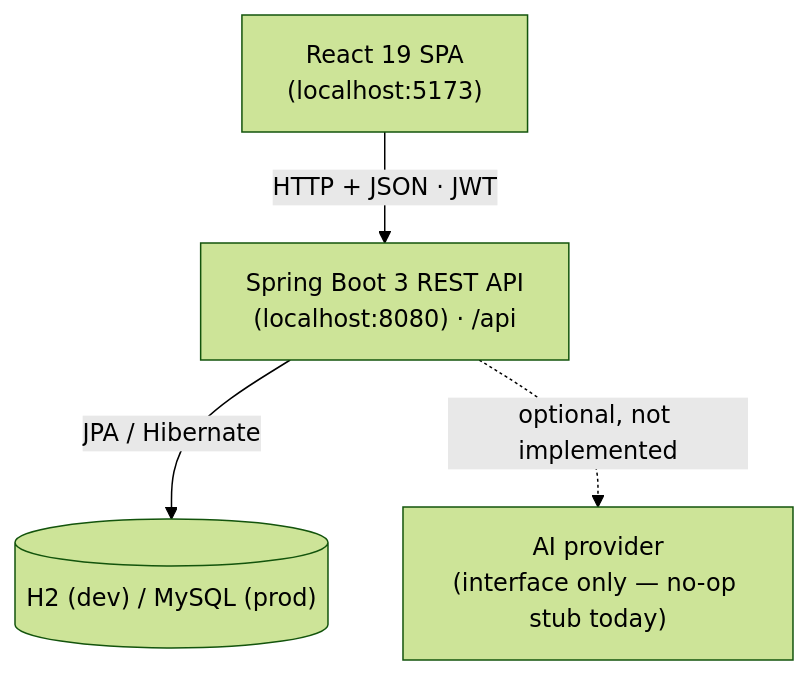
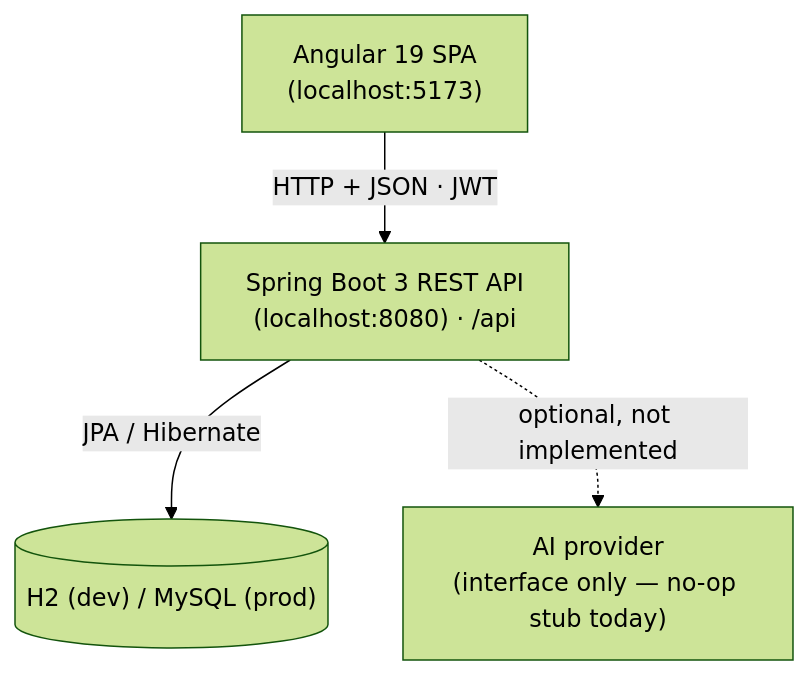
The diagram in README.md (elel-m-b/CareerPilot), drawn with Mermaid (forest theme) before and after one commit. The commit also changed other lines of this file and 215 other files, not shown here.

````diff
--- a/README.md
+++ b/README.md
@@ -98,11 +94,11 @@
 ```mermaid
 graph TD
-    SPA["React 19 SPA<br/>(localhost:5173)"]
+    SPA["Angular 19 SPA<br/>(localhost:5173)"]
     API["Spring Boot 3 REST API<br/>(localhost:8080) · /api"]
     DB[("H2 (dev) / MySQL (prod)")]
     AI["AI provider<br/>(interface only — no-op stub today)"]
 
     SPA -- "HTTP + JSON · JWT" --> API
     API -- "JPA / Hibernate" --> DB
     API -. optional, not implemented .-> AI
 ```
````
